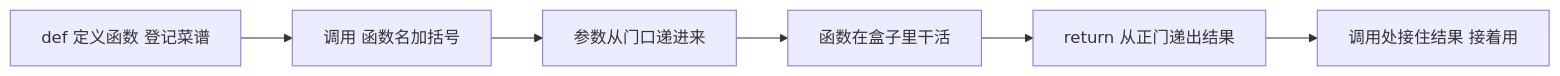
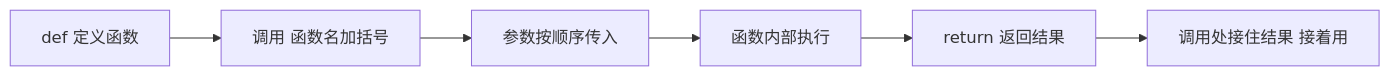
Before and after one commit to xxxAndlk/AI_Agent_Learning_path: the diagram in 01.Python快速入门/第07课_函数/第07课.md, drawn with Mermaid. The commit also changed other lines of this file and 5 other files, not shown here.

````diff
--- a/01.Python快速入门/第07课_函数/第07课.md
+++ b/01.Python快速入门/第07课_函数/第07课.md
@@ -239,8 +239,8 @@
 ```mermaid
 flowchart LR
-    A[def 定义函数 登记菜谱] --> B[调用 函数名加括号]
-    B --> C[参数从门口递进来]
-    C --> D[函数在盒子里干活]
-    D --> E[return 从正门递出结果]
+    A[def 定义函数] --> B[调用 函数名加括号]
+    B --> C[参数按顺序传入]
+    C --> D[函数内部执行]
+    D --> E[return 返回结果]
     E --> F[调用处接住结果 接着用]
 ```
````
